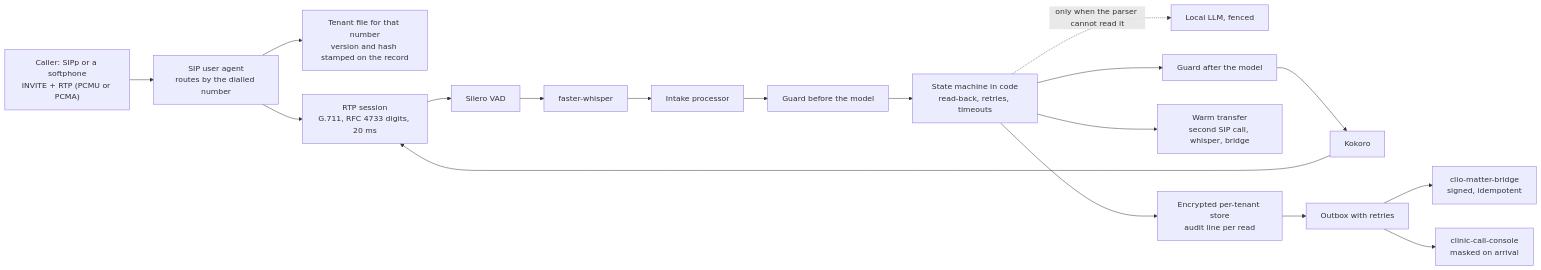
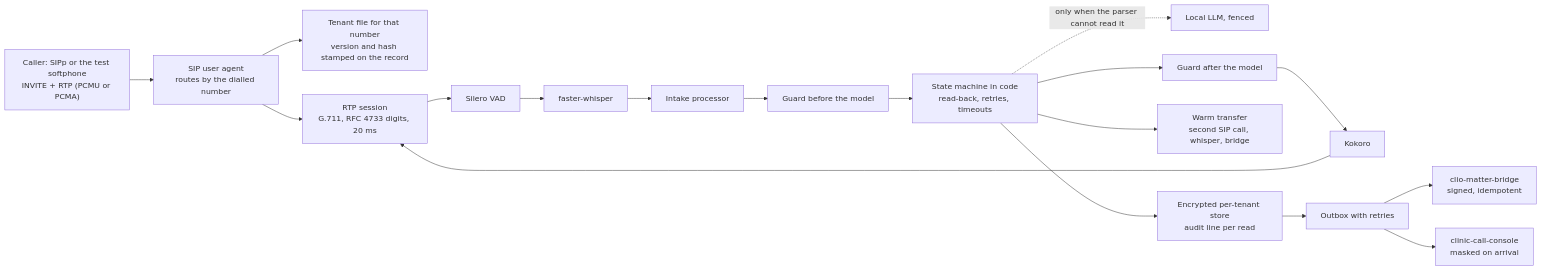
One commit to Exalt24/sipclerk changed the diagram in README.md. Above: the diagram before and after it, drawn with Mermaid. The commit also changed other lines of this file and 2 other files, not shown here.

````diff
--- a/README.md
+++ b/README.md
@@ -23,15 +23,15 @@
 ```mermaid
 flowchart LR
-  caller["Caller: SIPp or a softphone<br/>INVITE + RTP (PCMU or PCMA)"] --> sip["SIP user agent<br/>routes by the dialled number"]
+  caller["Caller: SIPp or the test softphone<br/>INVITE + RTP (PCMU or PCMA)"] --> sip["SIP user agent<br/>routes by the dialled number"]
   sip --> cfg["Tenant file for that number<br/>version and hash stamped on the record"]
   sip --> rtp["RTP session<br/>G.711, RFC 4733 digits, 20 ms"]
   rtp --> vad["Silero VAD"] --> stt["faster-whisper"] --> brain["Intake processor"]
   brain --> guard1["Guard before the model"]
   guard1 --> machine["State machine in code<br/>read-back, retries, timeouts"]
   machine -. "only when the parser cannot read it" .-> llm["Local LLM, fenced"]
   machine --> guard2["Guard after the model"] --> tts["Kokoro"] --> rtp
   machine --> transfer["Warm transfer<br/>second SIP call, whisper, bridge"]
   machine --> store["Encrypted per-tenant store<br/>audit line per read"]
   store --> outbox["Outbox with retries"] --> bridge["clio-matter-bridge<br/>signed, idempotent"]
   outbox --> console["clinic-call-console<br/>masked on arrival"]
 ```
````
